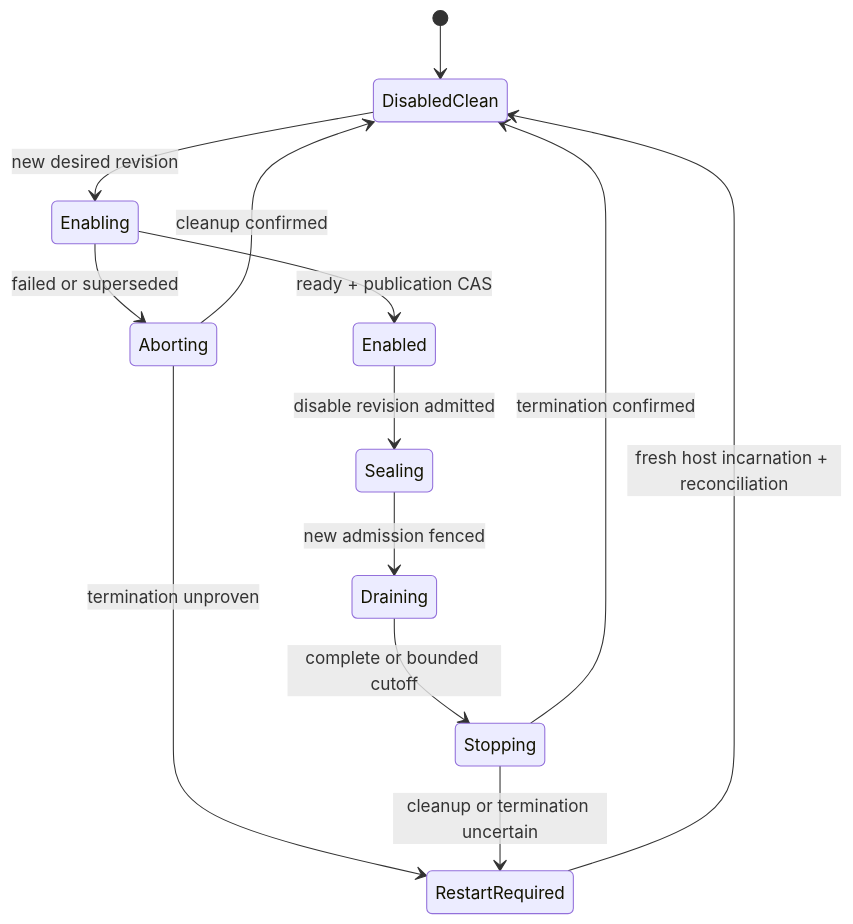
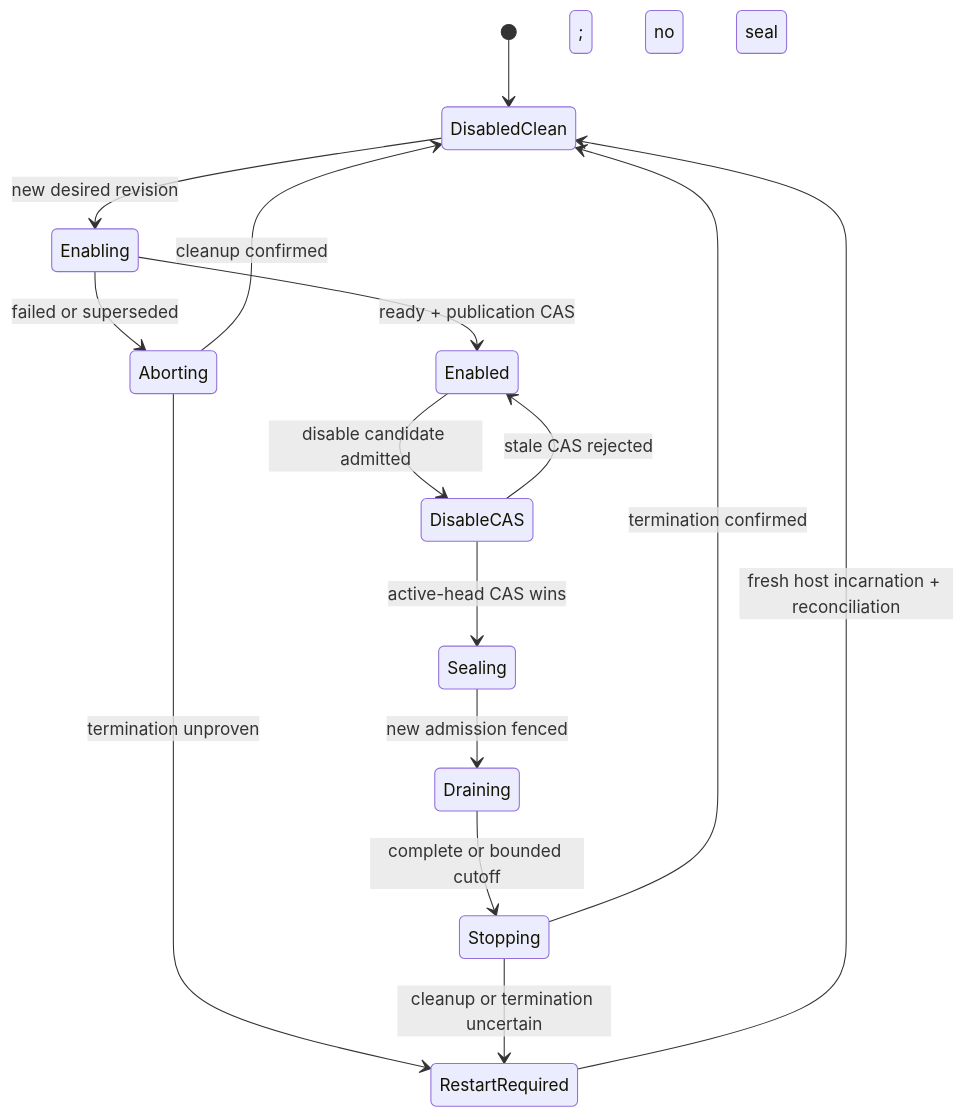
The fourth of 5 diagrams in docs/qualification/universal-module-extension-system/lifecycle-and-concurrency.md (agent-teams-ai/extension-foundation), drawn with Mermaid before and after one commit. The commit also changed other lines of this file and 25 other files, not shown here.

Commit message:
fix(qualification): close module architecture review gaps

````diff
--- a/docs/qualification/universal-module-extension-system/lifecycle-and-concurrency.md
+++ b/docs/qualification/universal-module-extension-system/lifecycle-and-concurrency.md
@@ -314,15 +346,17 @@
 ```mermaid
 stateDiagram-v2
     [*] --> DisabledClean
     DisabledClean --> Enabling: new desired revision
     Enabling --> Enabled: ready + publication CAS
     Enabling --> Aborting: failed or superseded
     Aborting --> DisabledClean: cleanup confirmed
     Aborting --> RestartRequired: termination unproven
-    Enabled --> Sealing: disable revision admitted
+    Enabled --> DisableCAS: disable candidate admitted
+    DisableCAS --> Enabled: stale CAS rejected; no seal
+    DisableCAS --> Sealing: active-head CAS wins
     Sealing --> Draining: new admission fenced
     Draining --> Stopping: complete or bounded cutoff
     Stopping --> DisabledClean: termination confirmed
     Stopping --> RestartRequired: cleanup or termination uncertain
     RestartRequired --> DisabledClean: fresh host incarnation + reconciliation
 ```
````
